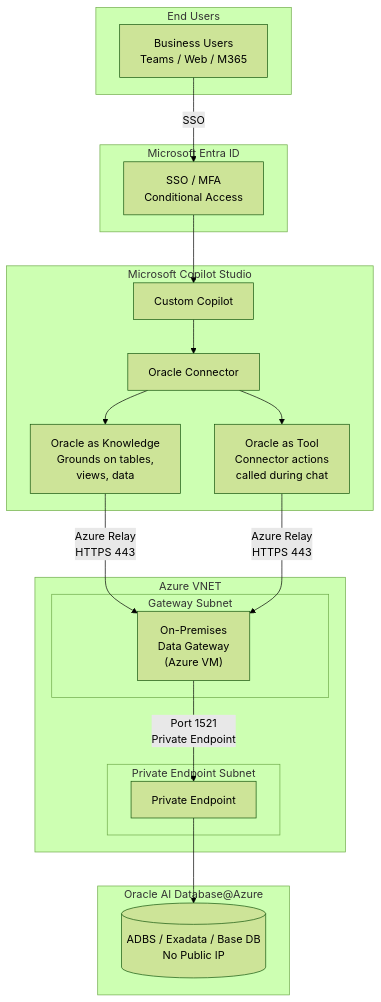
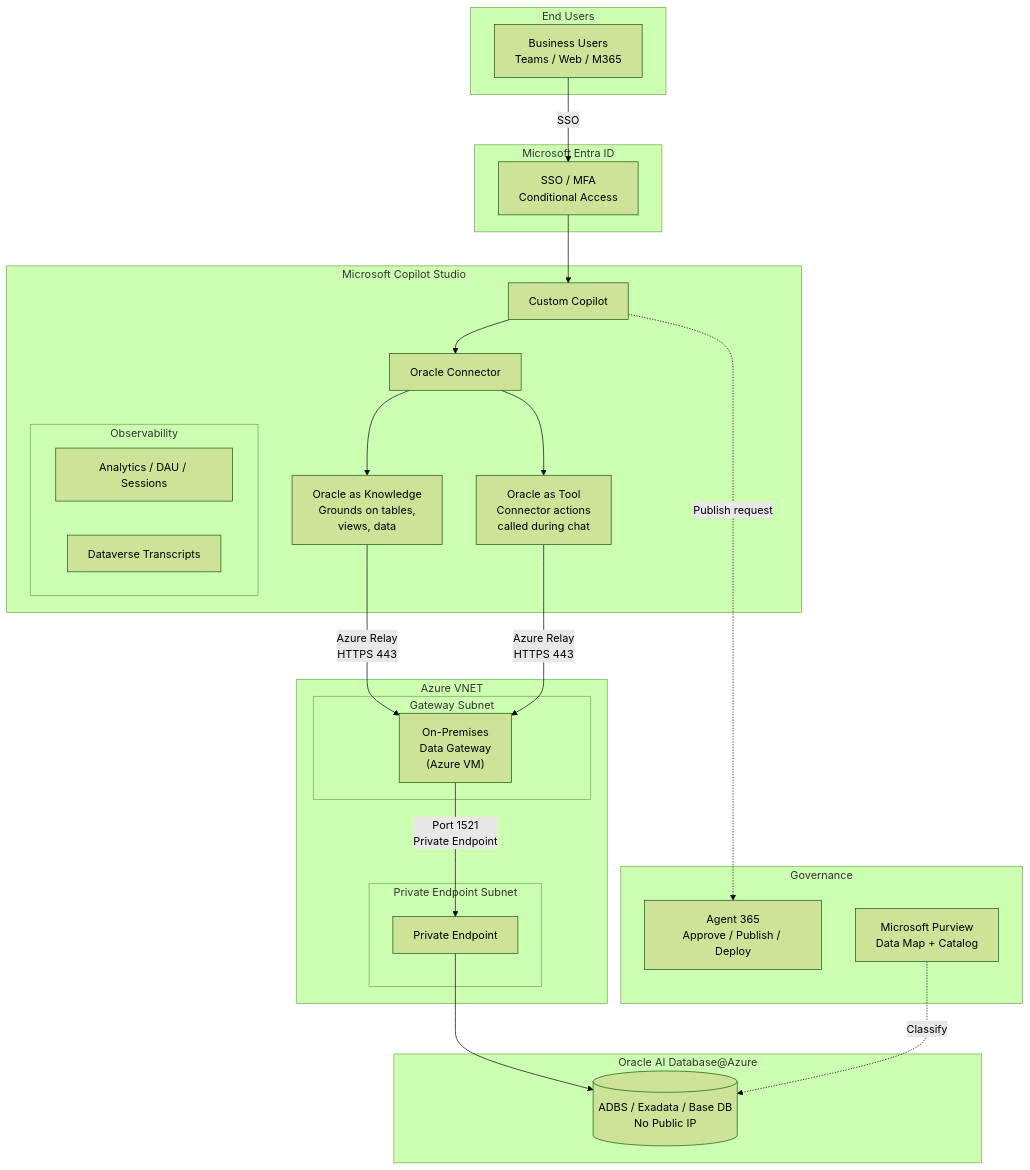
The first of 19 diagrams in docs/02-reference-architectures.md (Azure/Oracle-AI-Database-at-Azure), drawn with Mermaid (forest theme) before and after one commit. The commit also changed other lines of this file, not shown here.

Commit message:
Align reference architecture numbering and diagrams

````diff
--- a/docs/02-reference-architectures.md
+++ b/docs/02-reference-architectures.md
@@ -24,40 +26,51 @@
 ```mermaid
 graph TB
  subgraph Users["End Users"]
  BU["Business Users<br/>Teams / Web / M365"]
  end
 
  subgraph EntraID["Microsoft Entra ID"]
  AUTH["SSO / MFA<br/>Conditional Access"]
  end
 
  subgraph CS["Microsoft Copilot Studio"]
  COP["Custom Copilot"]
  C["Oracle Connector"]
  K["Oracle as Knowledge<br/>Grounds on tables,<br/>views, data"]
  T["Oracle as Tool<br/>Connector actions<br/>called during chat"]
+ subgraph OBS["Observability"]
+ AN["Analytics / DAU / Sessions"]
+ DV["Dataverse Transcripts"]
+ end
+ end
+
+ subgraph GOV["Governance"]
+ A365["Agent 365<br/>Approve / Publish / Deploy"]
+ PURVIEW["Microsoft Purview<br/>Data Map + Catalog"]
  end
 
  subgraph VNET["Azure VNET"]
  subgraph GWSub["Gateway Subnet"]
  GATEWAY["On-Premises<br/>Data Gateway<br/>(Azure VM)"]
  end
  subgraph PESub["Private Endpoint Subnet"]
  PE["Private Endpoint"]
  end
  end
 
  subgraph ODA["Oracle AI Database@Azure"]
  DB[("ADBS / Exadata / Base DB<br/>No Public IP")]
  end
 
  BU -->|SSO| AUTH
  AUTH --> COP
  COP --> C
  C --> K
  C --> T
  K -->|Azure Relay<br/>HTTPS 443| GATEWAY
  T -->|Azure Relay<br/>HTTPS 443| GATEWAY
  GATEWAY -->|Port 1521<br/>Private Endpoint| PE
  PE --> DB
+ COP -.->|Publish request| A365
+ PURVIEW -.->|Classify| DB
 ```
````
